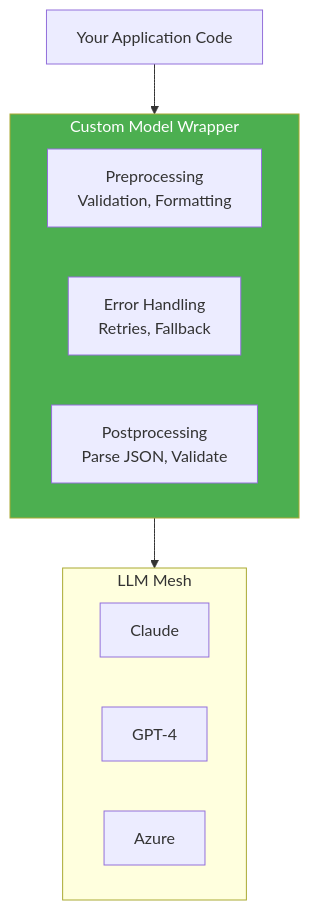
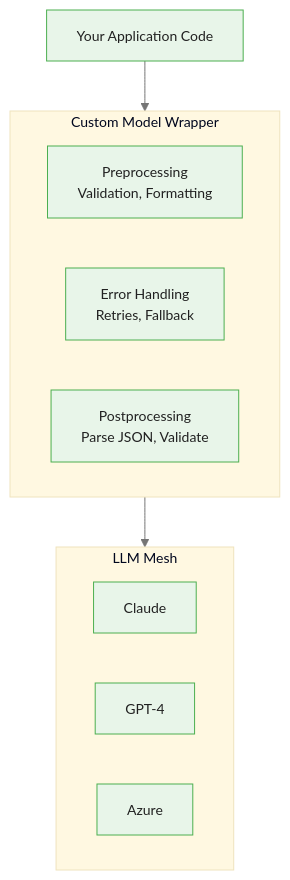
Before and after one commit to m-deane/course-creator: the first of 5 diagrams in courses/dataiku-genai/modules/module_03_custom/guides/02_custom_models_slides.md, drawn with Mermaid. The commit also changed other lines of this file and 54 other files, not shown here.

````diff
--- a/courses/dataiku-genai/modules/module_03_custom/guides/02_custom_models_slides.md
+++ b/courses/dataiku-genai/modules/module_03_custom/guides/02_custom_models_slides.md
@@ -32,20 +33,19 @@
 ```mermaid
+%%{init: {"theme": "base", "themeVariables": {"primaryColor": "#e8f5e9", "primaryBorderColor": "#4caf50", "primaryTextColor": "#212121", "secondaryColor": "#e3f2fd", "tertiaryColor": "#fff8e1", "lineColor": "#757575", "fontFamily": "Inter, sans-serif", "fontSize": "14px"}}}%%
 graph TB
     APP[Your Application Code] --> WRAP[Custom Model Wrapper]
 
     subgraph WRAP[Custom Model Wrapper]
         PRE[Preprocessing<br/>Validation, Formatting]
         ERR[Error Handling<br/>Retries, Fallback]
         POST[Postprocessing<br/>Parse JSON, Validate]
     end
 
     WRAP --> MESH[LLM Mesh]
 
     subgraph MESH[LLM Mesh]
         C[Claude]
         G[GPT-4]
         A[Azure]
     end
-
-    style WRAP fill:#4CAF50,color:#fff
 ```
````
